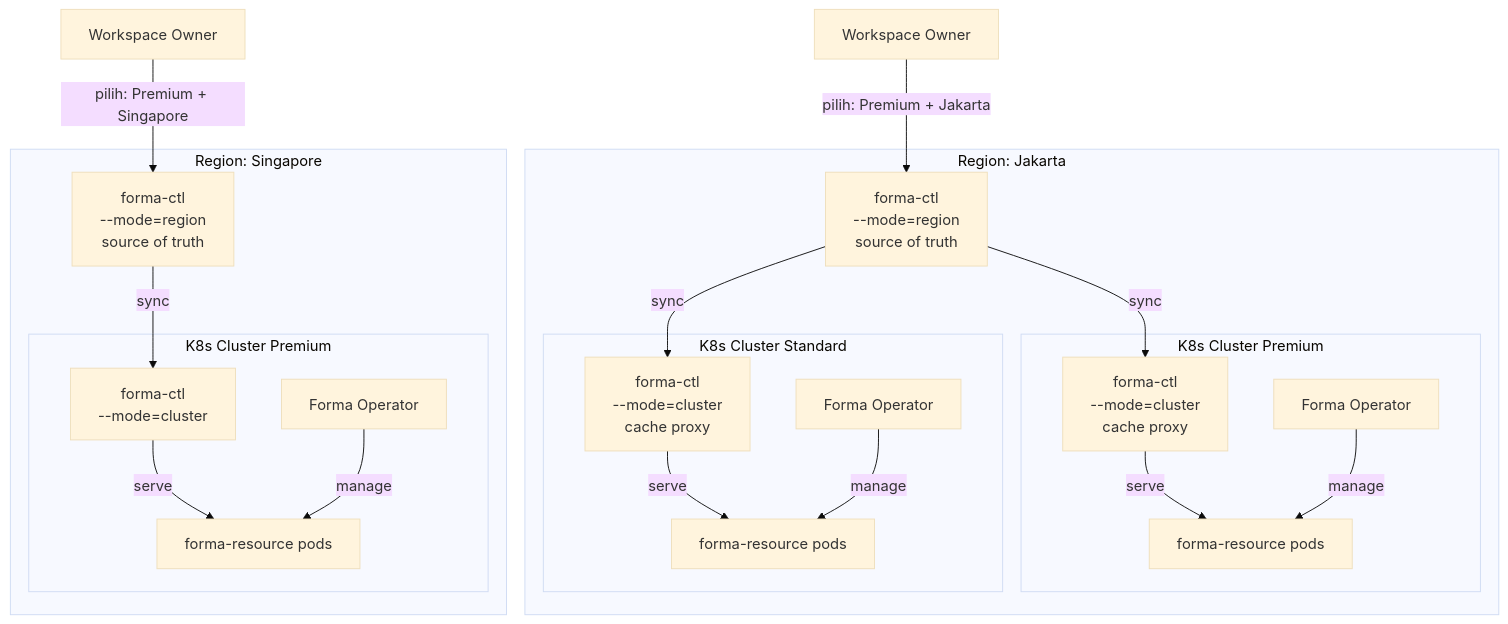
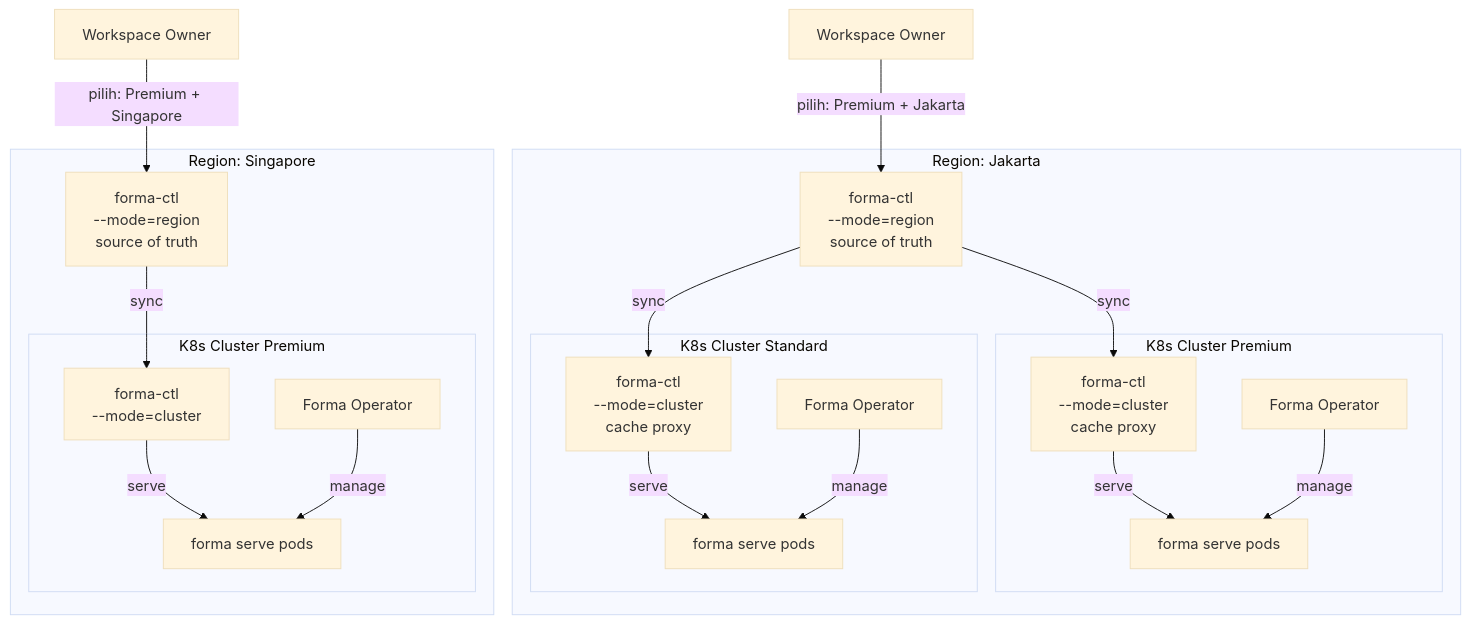
The diagram in docs/architecture/01-architecture-overview.md (primadi/formspec), drawn with Mermaid (base theme) before and after one commit. The commit also changed other lines of this file and 51 other files, not shown here.

Commit message:
feat: unify engine under `forma dev`/`forma serve`, add theme infrastructure, and fix orphan process handling

````diff
--- a/docs/architecture/01-architecture-overview.md
+++ b/docs/architecture/01-architecture-overview.md
@@ -16,37 +16,37 @@
 ```mermaid
 graph TD
     subgraph "Region: Jakarta"
         RC_JKT[forma-ctl<br/>--mode=region<br/>source of truth]
         subgraph "K8s Cluster Premium"
             CC_JKT_P[forma-ctl<br/>--mode=cluster<br/>cache proxy]
             OP_JKT_P[Forma Operator]
-            RP_JKT_P[forma-resource pods]
+            RP_JKT_P[forma serve pods]
         end
         subgraph "K8s Cluster Standard"
             CC_JKT_S[forma-ctl<br/>--mode=cluster<br/>cache proxy]
             OP_JKT_S[Forma Operator]
-            RP_JKT_S[forma-resource pods]
+            RP_JKT_S[forma serve pods]
         end
         RC_JKT -->|sync| CC_JKT_P
         RC_JKT -->|sync| CC_JKT_S
         CC_JKT_P -->|serve| RP_JKT_P
         CC_JKT_S -->|serve| RP_JKT_S
         OP_JKT_P -->|manage| RP_JKT_P
         OP_JKT_S -->|manage| RP_JKT_S
     end
 
     subgraph "Region: Singapore"
         RC_SG[forma-ctl<br/>--mode=region<br/>source of truth]
         subgraph "K8s Cluster Premium"
             CC_SG_P[forma-ctl<br/>--mode=cluster]
             OP_SG_P[Forma Operator]
-            RP_SG_P[forma-resource pods]
+            RP_SG_P[forma serve pods]
         end
         RC_SG -->|sync| CC_SG_P
         CC_SG_P -->|serve| RP_SG_P
         OP_SG_P -->|manage| RP_SG_P
     end
 
     WO[Workspace Owner] -->|"pilih: Premium + Jakarta"| RC_JKT
     WO2[Workspace Owner] -->|"pilih: Premium + Singapore"| RC_SG
 ```
````
